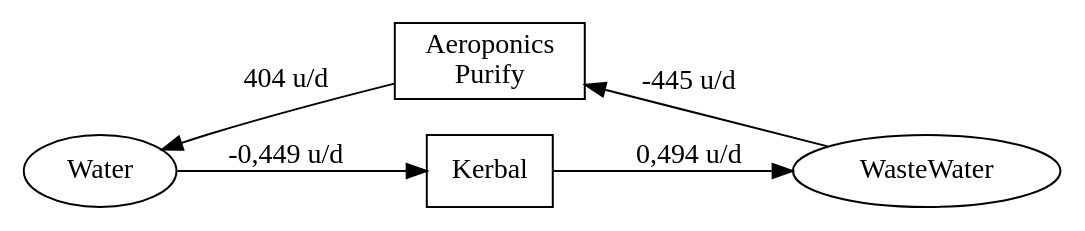
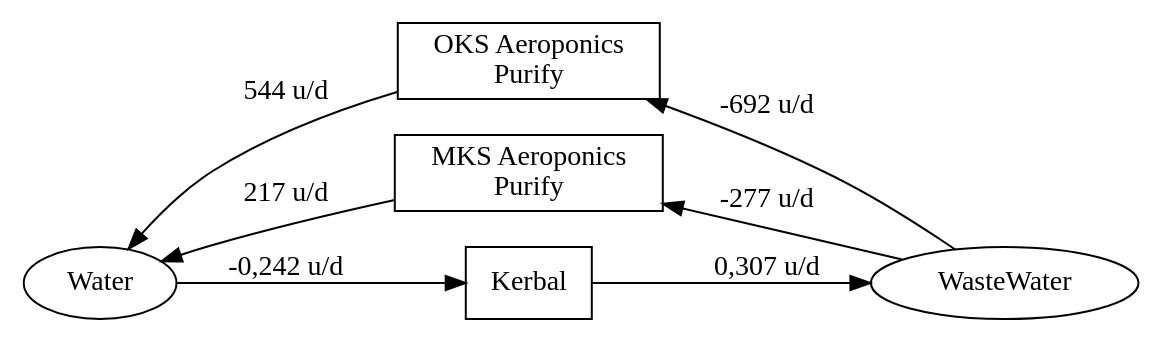
One commit to mhoram-kerbin/USI-Kolonization-Systems-Resources changed the diagram in LifeSupport/Water.dot. Above: the diagram before and after it, drawn with Graphviz. The commit also changed 1 other file, not shown here.

Commit message:
Updated some Charts for TAC-LS v0.10

```diff
--- a/LifeSupport/Water.dot
+++ b/LifeSupport/Water.dot
@@ -1,30 +1,35 @@
 /* -*- coding: utf-8; -*-
 Overview over USI Kolonization System Resources
 Copyright 2014 By Mhoram
 
 This Work may be distributed under the Creative Commons
 Attribution-NonCommercial-ShareAlike 4.0 International License.
 
 */
 
 # dot -Tpng -o Water.png Water.dot
 
 digraph Water {
     rankdir="LR";
 
     Kerbal [label="Kerbal", shape=box];
-    Purify [label="Aeroponics\nPurify", shape=box];
+    OksPurify [label="OKS Aeroponics\nPurify", shape=box];
+    MksPurify [label="MKS Aeroponics\nPurify", shape=box];
 
     {
         rank=same;
+        OksPurify;
         Kerbal;
-        Purify;
+        MksPurify;
     }
 
-    WasteWater -> Purify [label="-445 u/d",constraint=none];
-    Purify -> Water [label="404 u/d",constraint=none];
+    WasteWater -> OksPurify [label="-692 u/d",constraint=none];
+    OksPurify -> Water [label="544 u/d",constraint=none];
 
-    Water -> Kerbal [label="-0,449 u/d"];
-    Kerbal -> WasteWater [label="0,494 u/d"];
+    Water -> Kerbal [label="-0,242 u/d"];
+    Kerbal -> WasteWater [label="0,307 u/d"];
+
+    WasteWater -> MksPurify [label="-277 u/d",constraint=none];
+    MksPurify -> Water [label="217 u/d",constraint=none];
 
 }
```
